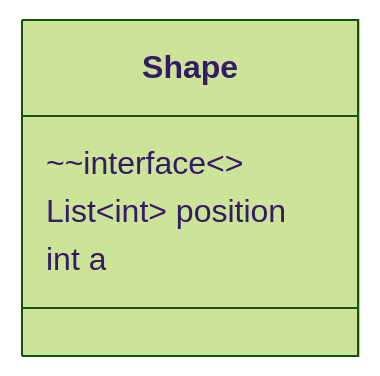
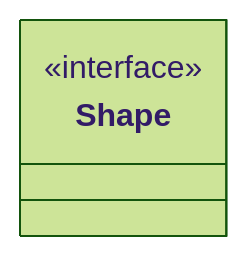
The second of 2 diagrams in source/_posts/Nginx 快速上手/Nginx 配置文件.md (zhangqinghua/hexo), drawn with Mermaid (forest theme) before and after one commit. The commit also changed other lines of this file and 4 other files, not shown here.

````diff
--- a/source/_posts/Nginx 快速上手/Nginx 配置文件.md
+++ b/source/_posts/Nginx 快速上手/Nginx 配置文件.md
@@ -12,9 +190,5 @@
 ```mermaid
 classDiagram
-class Shape {
-~~interface~~
-List~int~ position
-int a
-}
-
+class Shape
+<<interface>> Shape
 ```
````
